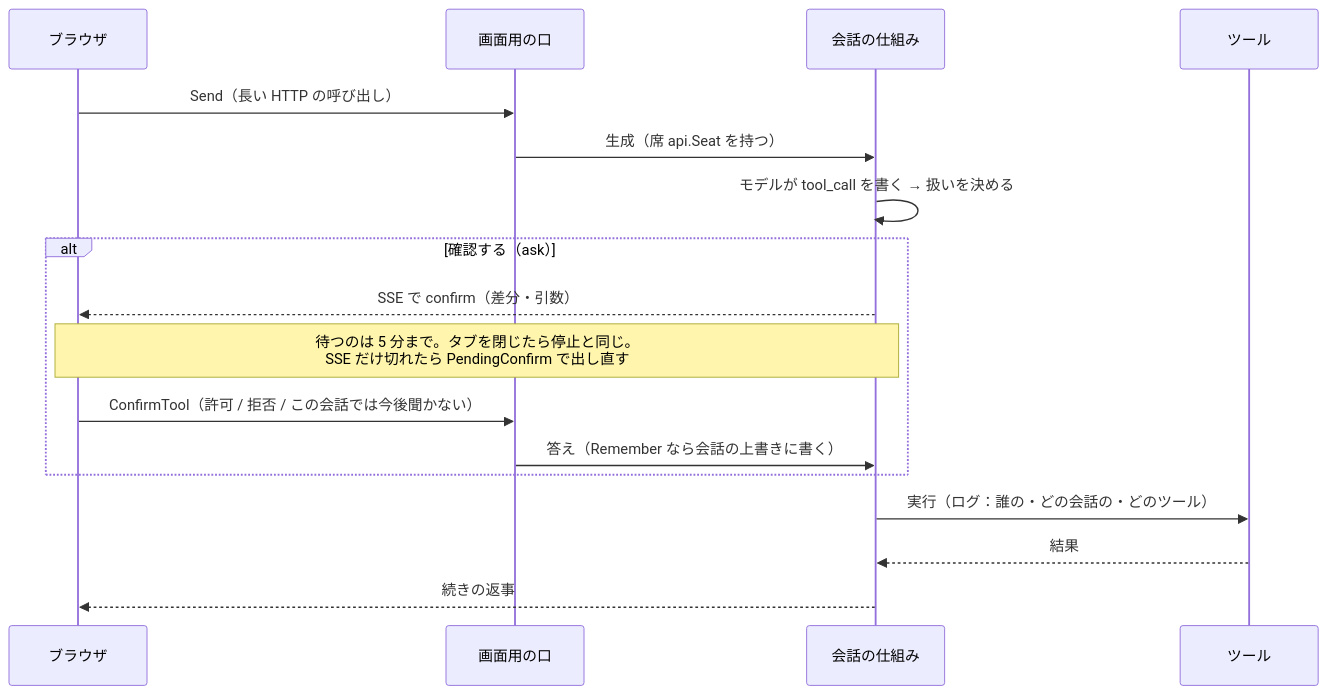
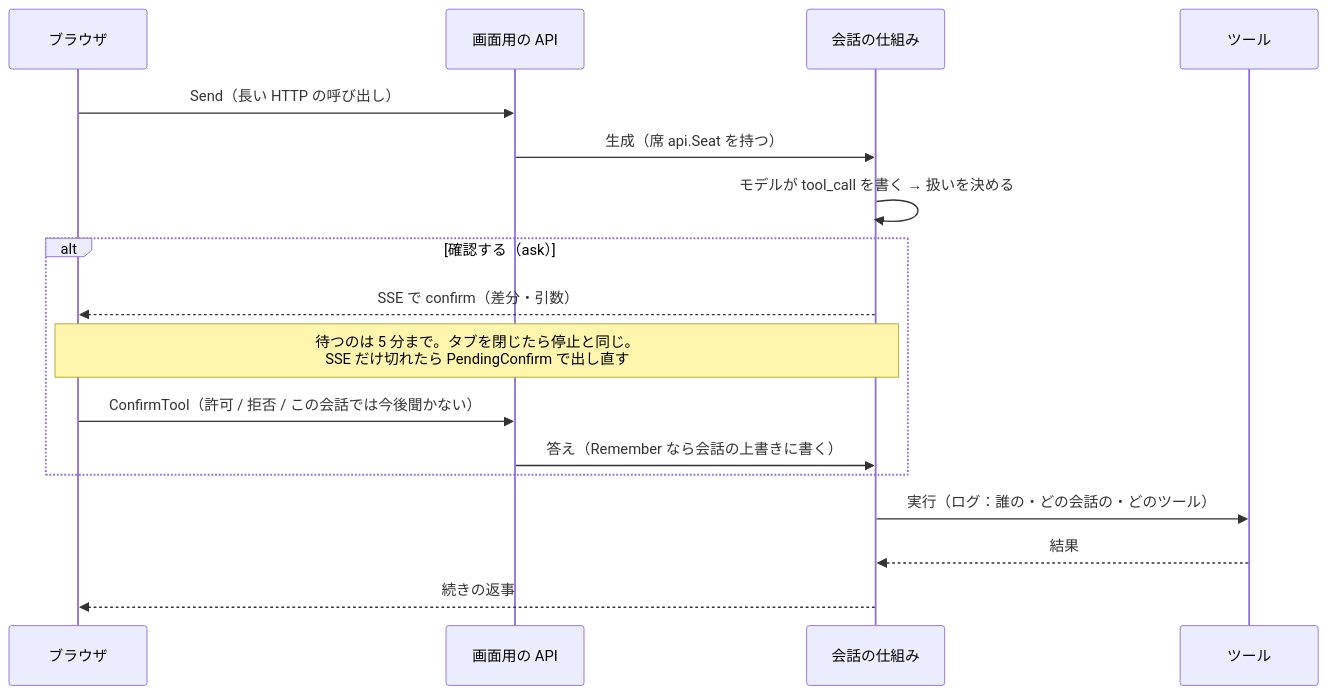
Before and after one commit to secondarykey/aibow: the fourth of 7 diagrams in _docs/diagrams.md, drawn with Mermaid. The commit also changed other lines of this file and 17 other files, not shown here.

````diff
--- a/_docs/diagrams.md
+++ b/_docs/diagrams.md
@@ -122,19 +122,19 @@
 ```mermaid
 sequenceDiagram
   participant B as ブラウザ
-  participant H as 画面用の口
+  participant H as 画面用の API
   participant C as 会話の仕組み
   participant T as ツール
   B->>H: Send（長い HTTP の呼び出し）
   H->>C: 生成（席 api.Seat を持つ）
   C->>C: モデルが tool_call を書く → 扱いを決める
   alt 確認する（ask）
     C-->>B: SSE で confirm（差分・引数）
     Note over B,C: 待つのは 5 分まで。タブを閉じたら停止と同じ。<br/>SSE だけ切れたら PendingConfirm で出し直す
     B->>H: ConfirmTool（許可 / 拒否 / この会話では今後聞かない）
     H->>C: 答え（Remember なら会話の上書きに書く）
   end
   C->>T: 実行（ログ：誰の・どの会話の・どのツール）
   T-->>C: 結果
   C-->>B: 続きの返事
 ```
````
